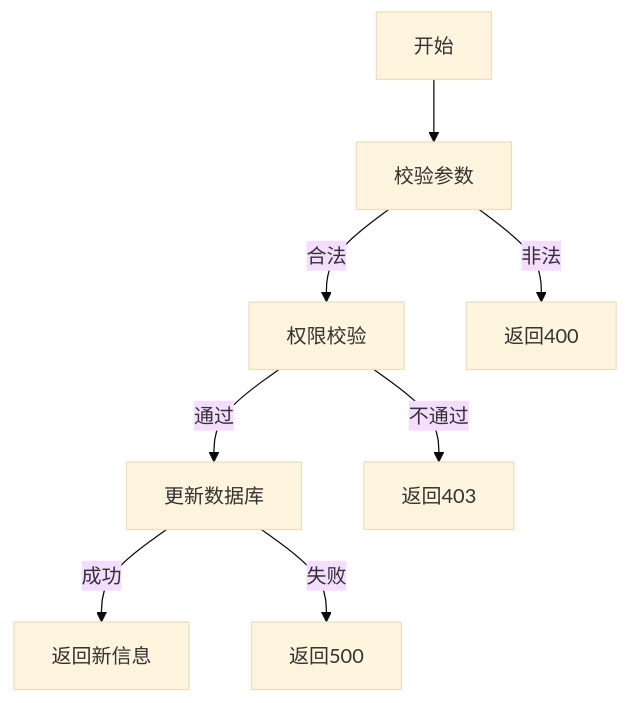
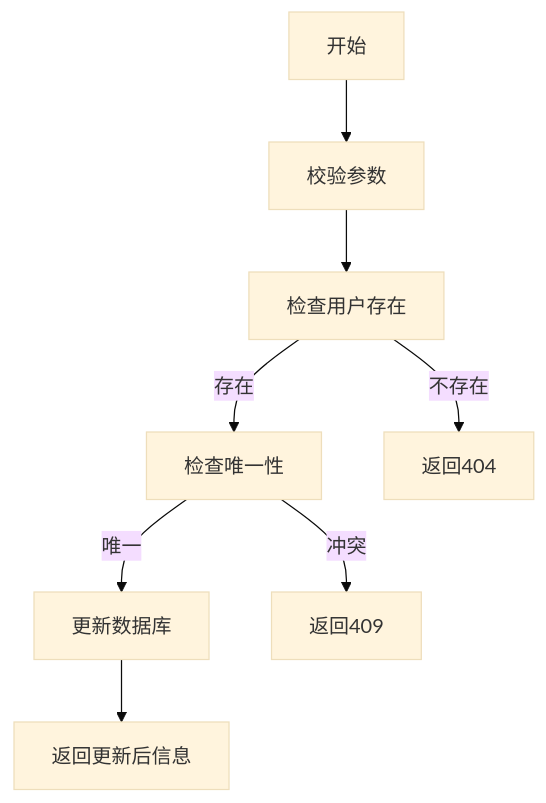
The diagram in docs/需求文档/user/userUpdate.md (YoungBoyGod/OneGoServer), drawn with Mermaid (base theme) before and after one commit. The commit also changed other lines of this file and 60 other files, not shown here.

````diff
--- a/docs/需求文档/user/userUpdate.md
+++ b/docs/需求文档/user/userUpdate.md
@@ -78,10 +73,10 @@
 ```mermaid
-flowchart TD
+graph TD
     A[开始] --> B[校验参数]
-    B -- 合法 --> C[权限校验]
-    C -- 通过 --> D[更新数据库]
-    D -- 成功 --> E[返回新信息]
-    D -- 失败 --> F[返回500]
-    C -- 不通过 --> G[返回403]
-    B -- 非法 --> H[返回400]
+    B --> C[检查用户存在]
+    C -->|存在| D[检查唯一性]
+    D -->|唯一| E[更新数据库]
+    D -->|冲突| F[返回409]
+    E --> G[返回更新后信息]
+    C -->|不存在| H[返回404]
 ```
````
